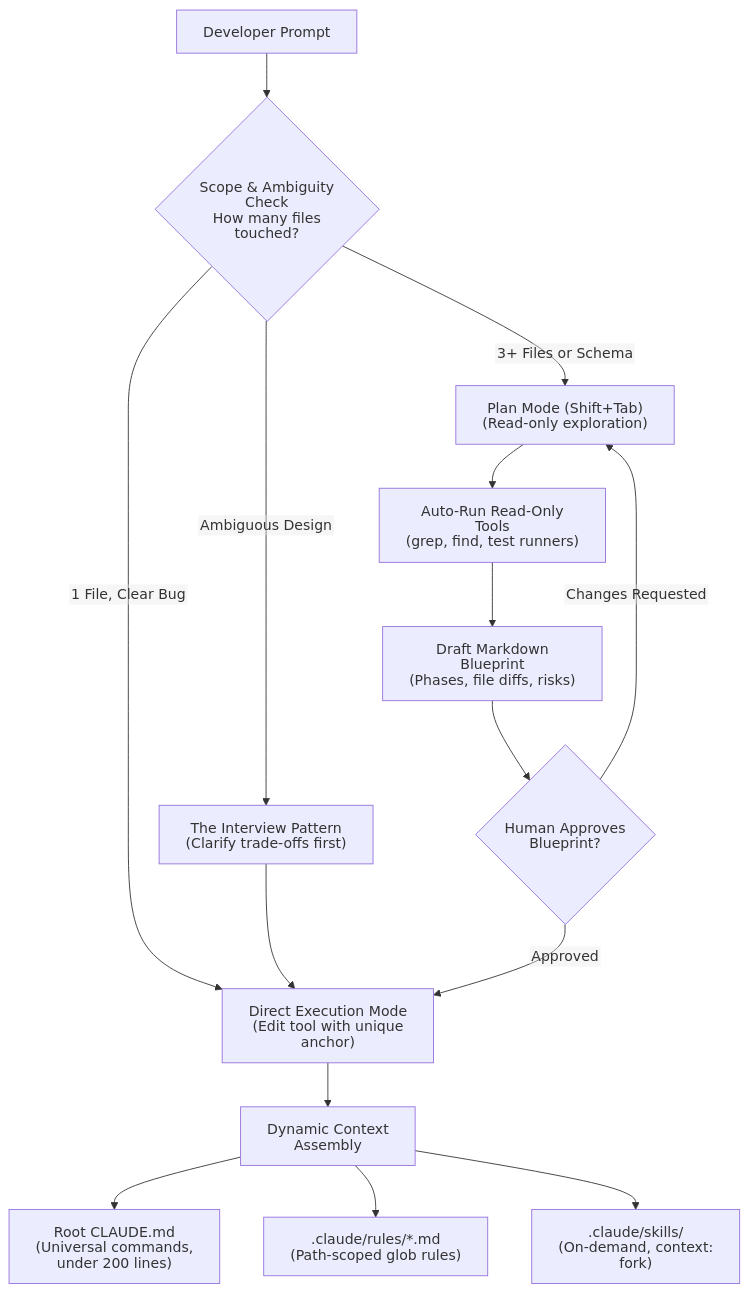
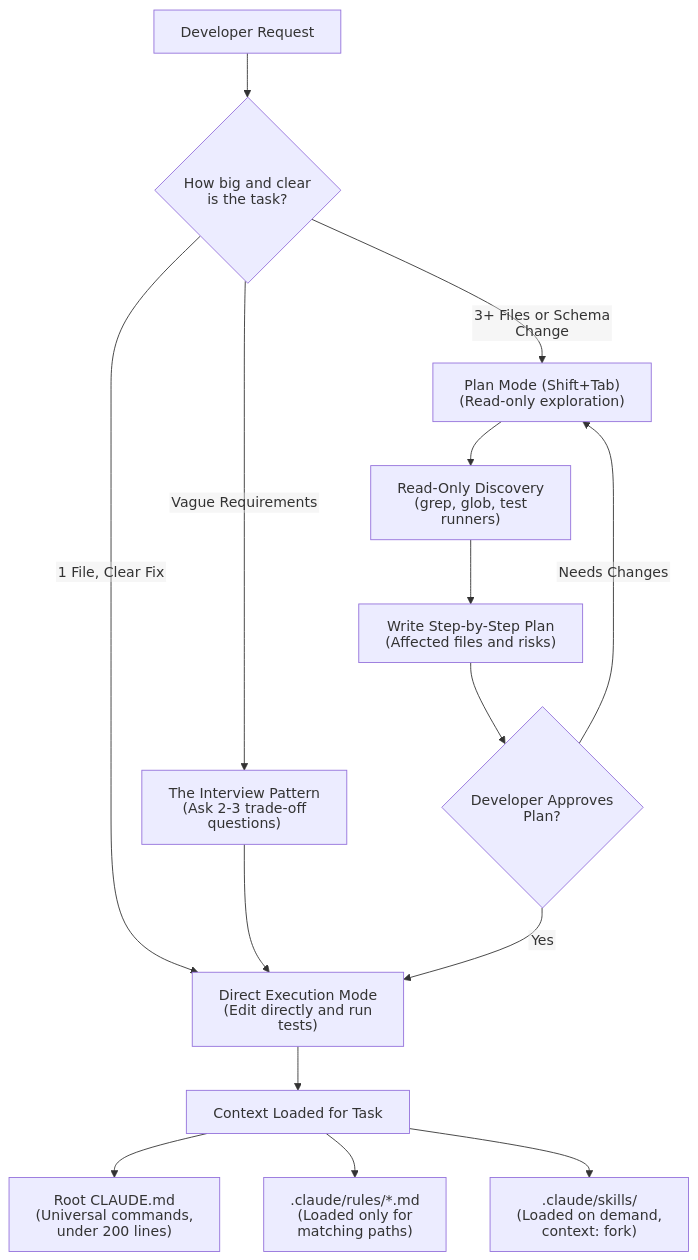
Before and after one commit to dip4k/claude_cert_architect_foundation_prep: the first of 2 diagrams in scenarios/scenario_2_code_generation/SCENARIO_GUIDE.md, drawn with Mermaid. The commit also changed other lines of this file and 13 other files, not shown here.

````diff
--- a/scenarios/scenario_2_code_generation/SCENARIO_GUIDE.md
+++ b/scenarios/scenario_2_code_generation/SCENARIO_GUIDE.md
@@ -20,25 +22,25 @@
 ```mermaid
 ---
 config:
   htmlLabels: false
 ---
 flowchart TD
-    Dev["Developer Prompt"] --> Scope{"Scope & Ambiguity Check<br>How many files touched?"}
+    Dev["Developer Request"] --> Scope{"How big and clear<br>is the task?"}
 
-    Scope -->|"1 File, Clear Bug"| Direct["Direct Execution Mode<br>(Edit tool with unique anchor)"]
-    Scope -->|"3+ Files or Schema"| Plan["Plan Mode (Shift+Tab)<br>(Read-only exploration)"]
-    Scope -->|"Ambiguous Design"| Interview["The Interview Pattern<br>(Clarify trade-offs first)"]
+    Scope -->|"1 File, Clear Fix"| Direct["Direct Execution Mode<br>(Edit directly and run tests)"]
+    Scope -->|"3+ Files or Schema Change"| Plan["Plan Mode (Shift+Tab)<br>(Read-only exploration)"]
+    Scope -->|"Vague Requirements"| Interview["The Interview Pattern<br>(Ask 2-3 trade-off questions)"]
 
     Interview --> Direct
 
-    Plan --> Auto["Auto-Run Read-Only Tools<br>(grep, find, test runners)"]
-    Auto --> Blueprint["Draft Markdown Blueprint<br>(Phases, file diffs, risks)"]
-    Blueprint --> Review{"Human Approves<br>Blueprint?"}
-    Review -->|"Approved"| Direct
-    Review -->|"Changes Requested"| Plan
+    Plan --> Auto["Read-Only Discovery<br>(grep, glob, test runners)"]
+    Auto --> Blueprint["Write Step-by-Step Plan<br>(Affected files and risks)"]
+    Blueprint --> Review{"Developer Approves<br>Plan?"}
+    Review -->|"Yes"| Direct
+    Review -->|"Needs Changes"| Plan
 
-    Direct --> Ctx["Dynamic Context Assembly"]
+    Direct --> Ctx["Context Loaded for Task"]
     Ctx --> Root["Root CLAUDE.md<br>(Universal commands, under 200 lines)"]
-    Ctx --> Rules[".claude/rules/*.md<br>(Path-scoped glob rules)"]
-    Ctx --> Skills[".claude/skills/<br>(On-demand, context: fork)"]
+    Ctx --> Rules[".claude/rules/*.md<br>(Loaded only for matching paths)"]
+    Ctx --> Skills[".claude/skills/<br>(Loaded on demand, context: fork)"]
 ```
````
